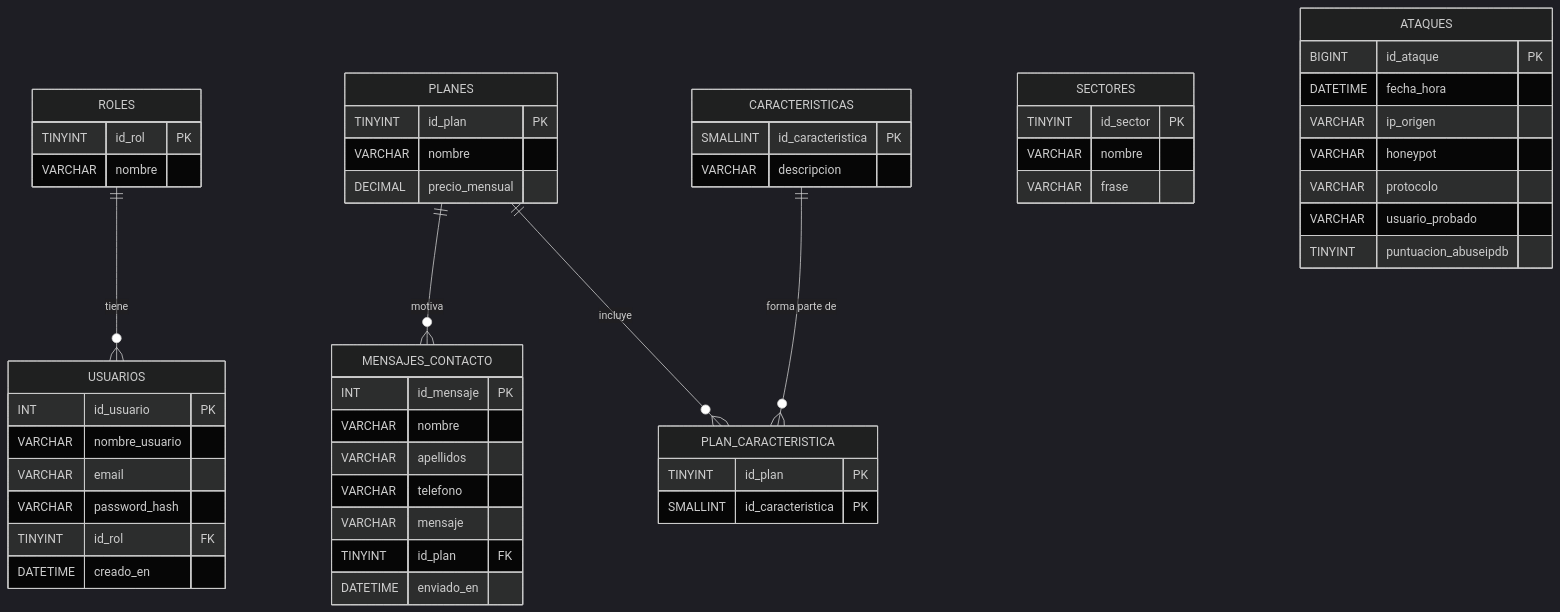
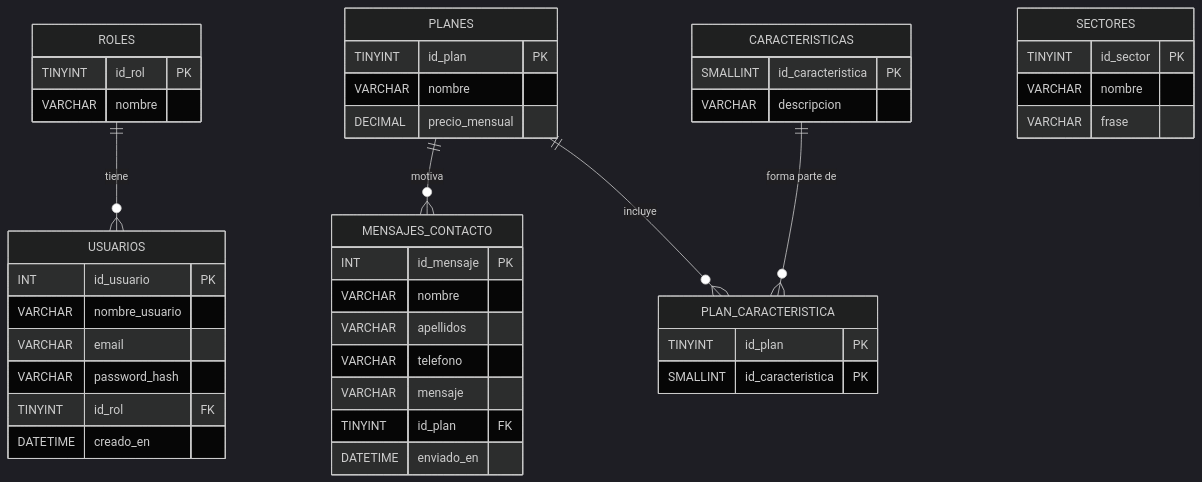
The diagram in docs/honeynet/introduccion-al-proyecto/arquitectura-del-software/3.-diagrama-de-la-base-de-datos.md (alexnaranjooo/APUNTES-ASIX), drawn with Mermaid (dark theme) before and after one commit. The commit also changed other lines of this file and 12 other files, not shown here.

````diff
--- a/docs/honeynet/introduccion-al-proyecto/arquitectura-del-software/3.-diagrama-de-la-base-de-datos.md
+++ b/docs/honeynet/introduccion-al-proyecto/arquitectura-del-software/3.-diagrama-de-la-base-de-datos.md
@@ -5,56 +5,47 @@
 ```mermaid
 erDiagram
     ROLES ||--o{ USUARIOS : "tiene"
     PLANES ||--o{ MENSAJES_CONTACTO : "motiva"
     PLANES ||--o{ PLAN_CARACTERISTICA : "incluye"
     CARACTERISTICAS ||--o{ PLAN_CARACTERISTICA : "forma parte de"
 
     ROLES {
         TINYINT id_rol PK
         VARCHAR nombre
     }
     USUARIOS {
         INT id_usuario PK
         VARCHAR nombre_usuario
         VARCHAR email
         VARCHAR password_hash
         TINYINT id_rol FK
         DATETIME creado_en
     }
     PLANES {
         TINYINT id_plan PK
         VARCHAR nombre
         DECIMAL precio_mensual
     }
     CARACTERISTICAS {
         SMALLINT id_caracteristica PK
         VARCHAR descripcion
     }
     PLAN_CARACTERISTICA {
         TINYINT id_plan PK
         SMALLINT id_caracteristica PK
     }
     MENSAJES_CONTACTO {
         INT id_mensaje PK
         VARCHAR nombre
         VARCHAR apellidos
         VARCHAR telefono
         VARCHAR mensaje
         TINYINT id_plan FK
         DATETIME enviado_en
     }
     SECTORES {
         TINYINT id_sector PK
         VARCHAR nombre
         VARCHAR frase
     }
-    ATAQUES {
-        BIGINT id_ataque PK
-        DATETIME fecha_hora
-        VARCHAR ip_origen
-        VARCHAR honeypot
-        VARCHAR protocolo
-        VARCHAR usuario_probado
-        TINYINT puntuacion_abuseipdb
-    }
 ```
````
